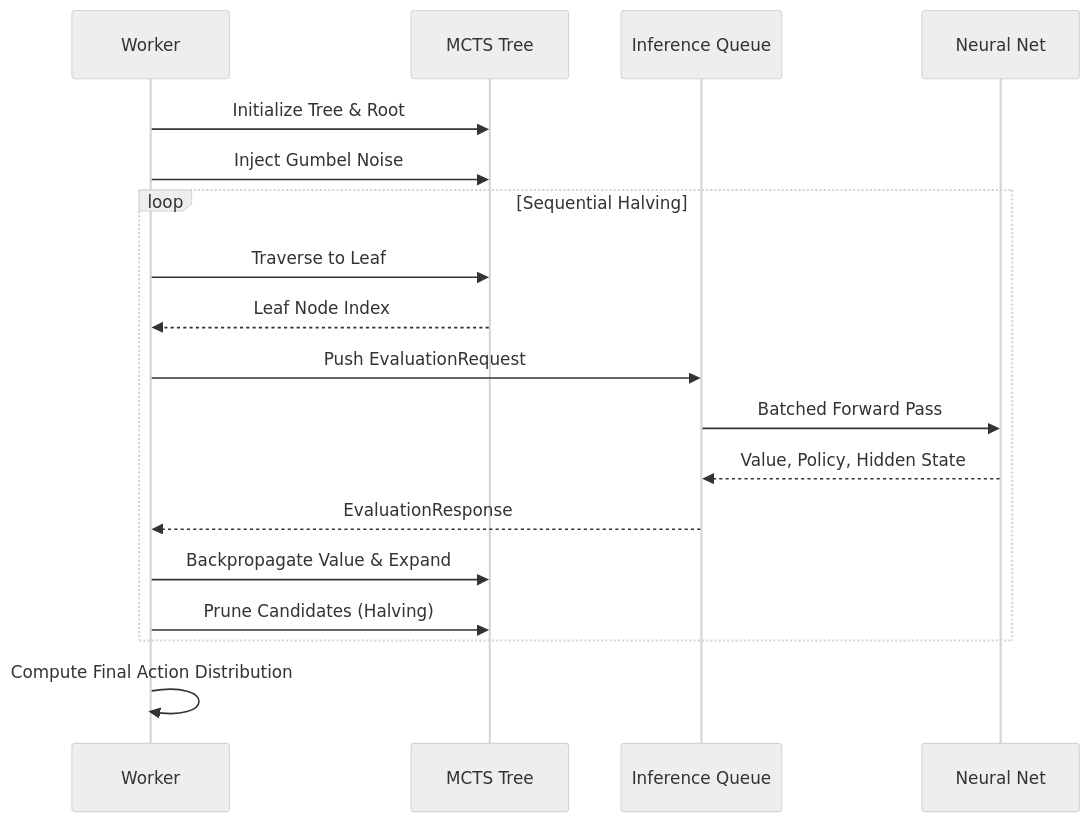
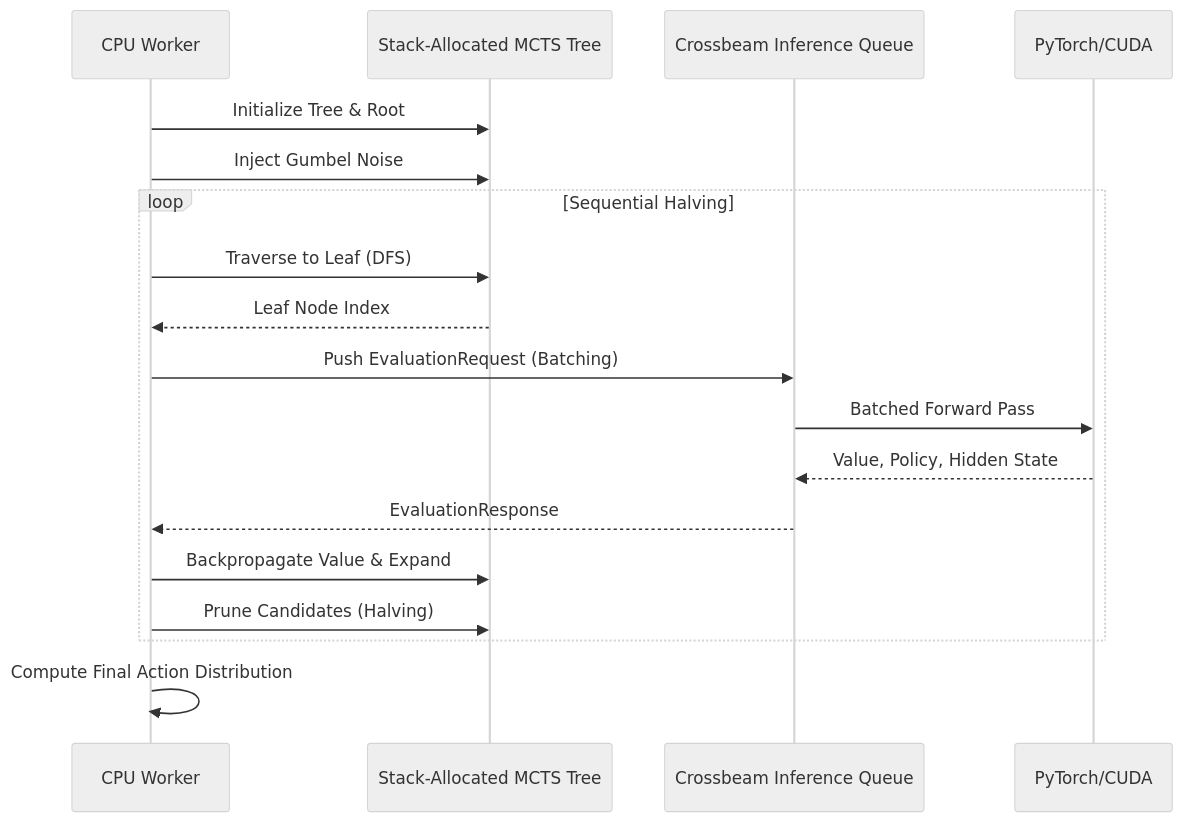
One commit to lguibr/tricked changed the fourth of 5 diagrams in README.md. Above: the diagram before and after it, drawn with Mermaid (neutral theme). The commit also changed other lines of this file and 3 other files, not shown here.

Commit message:
feat: implement immediate inference request processing and optimize thread shutdown sequence for straggler requests

````diff
--- a/README.md
+++ b/README.md
@@ -131,21 +112,21 @@
 ```mermaid
 sequenceDiagram
-    participant W as Worker
-    participant T as MCTS Tree
-    participant Q as Inference Queue
-    participant N as Neural Net
+    participant W as CPU Worker
+    participant T as Stack-Allocated MCTS Tree
+    participant Q as Crossbeam Inference Queue
+    participant GPU as PyTorch/CUDA
     
     W->>T: Initialize Tree & Root
     W->>T: Inject Gumbel Noise
     loop Sequential Halving
-        W->>T: Traverse to Leaf
+        W->>T: Traverse to Leaf (DFS)
         T-->>W: Leaf Node Index
-        W->>Q: Push EvaluationRequest
-        Q->>N: Batched Forward Pass
-        N-->>Q: Value, Policy, Hidden State
+        W->>Q: Push EvaluationRequest (Batching)
+        Q->>GPU: Batched Forward Pass
+        GPU-->>Q: Value, Policy, Hidden State
         Q-->>W: EvaluationResponse
         W->>T: Backpropagate Value & Expand
         W->>T: Prune Candidates (Halving)
     end
     W->>W: Compute Final Action Distribution
 ```
````
